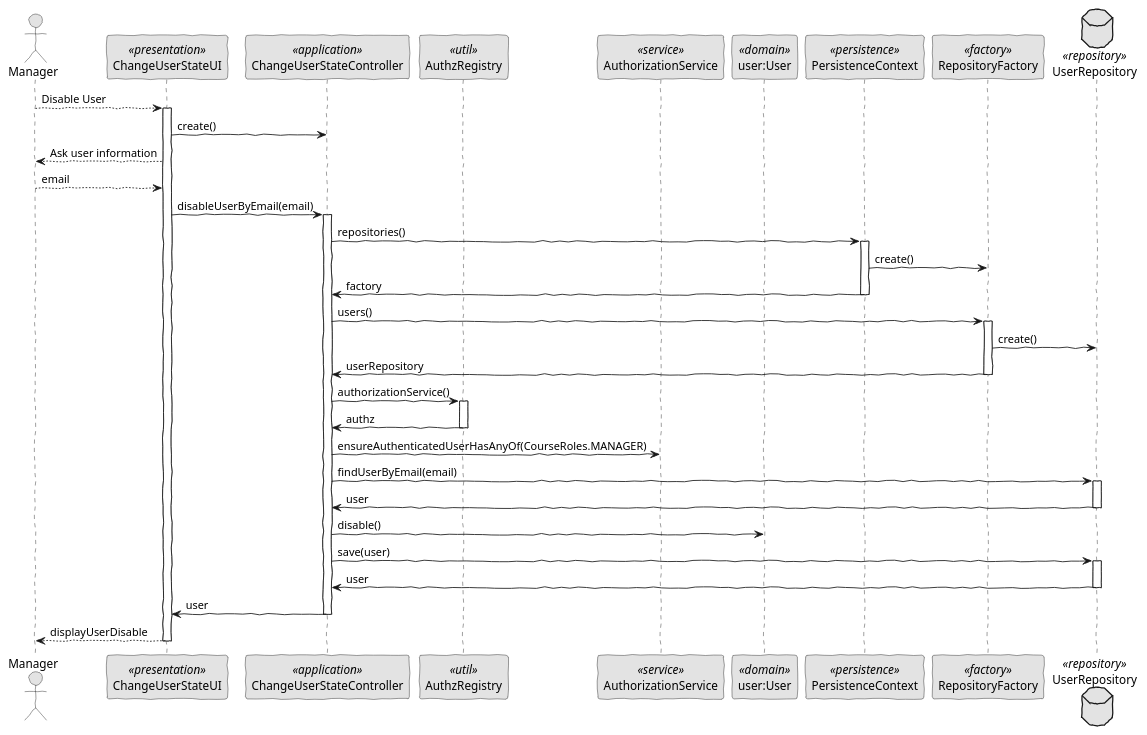
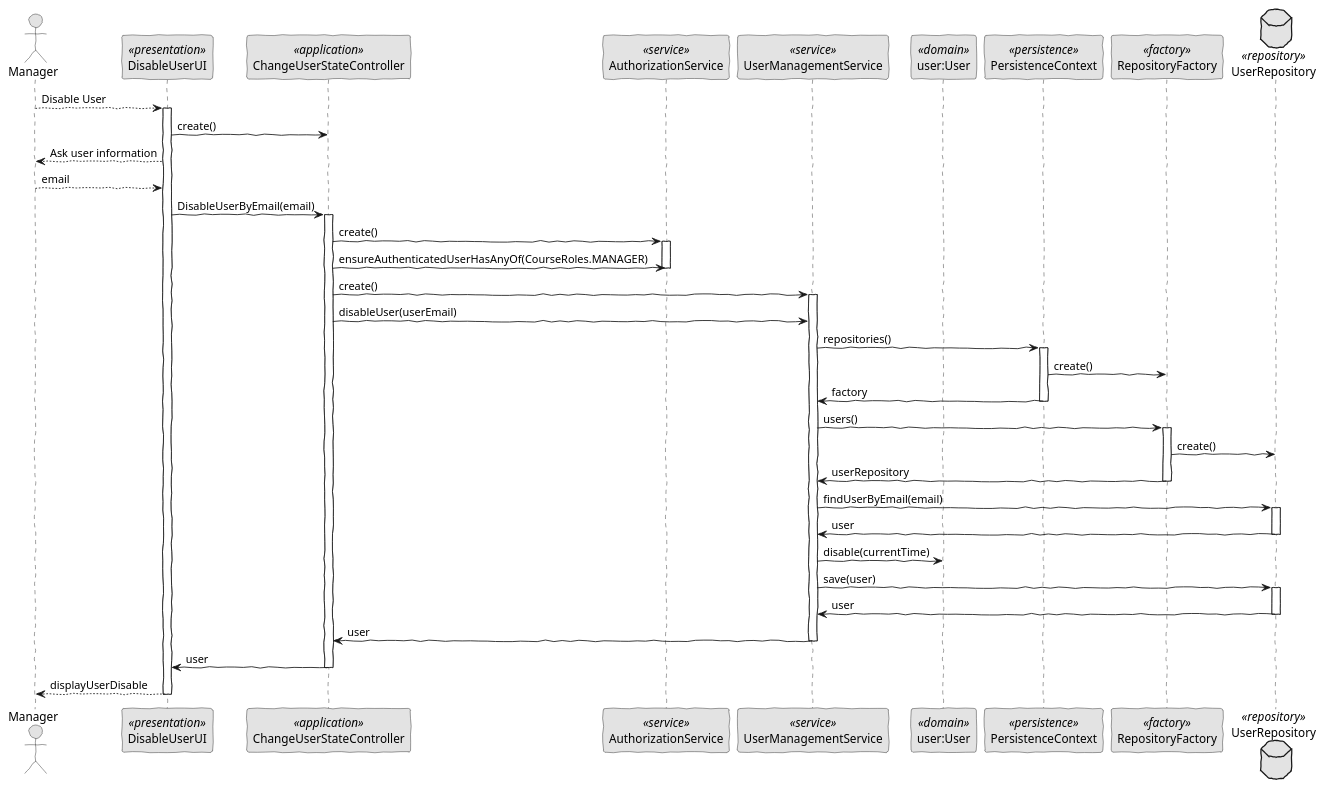
One commit to brunacosta03/sem4pi_22_23 changed the diagram in docs/SPRINT B/US_1001/SD/ChangeUsersState-Disable-SD.puml. Above: the diagram before and after it, drawn with PlantUML. The commit also changed 31 other files, not shown here.

```diff
--- a/docs/SPRINT B/US_1001/SD/ChangeUsersState-Disable-SD.puml
+++ b/docs/SPRINT B/US_1001/SD/ChangeUsersState-Disable-SD.puml
@@ -1,67 +1,71 @@
 @startuml
 'http://plantuml.com/skinparam.html
 skinparam handwritten true
 skinparam monochrome true
 skinparam packageStyle rect
 skinparam defaultFontName FG Virgil
 skinparam shadowing false
 
 actor Manager as Actor
-participant ChangeUserStateUI as UI <<presentation>>
+participant DisableUserUI as UI <<presentation>>
 participant ChangeUserStateController as Controller <<application>>
-participant AuthzRegistry as Registry <<util>>
 participant AuthorizationService as AuthzService <<service>>
+participant UserManagementService as Service <<service>>
 participant "user:User" as Domain <<domain>>
 participant PersistenceContext as Persistence <<persistence>>
 participant RepositoryFactory as Factory <<factory>>
 database UserRepository as Repository <<repository>>
 
 
 Actor --> UI: Disable User
 activate UI
     UI -> Controller: create()
     UI --> Actor: Ask user information
 
     Actor --> UI: email
         
-    UI -> Controller: disableUserByEmail(email)
+    UI -> Controller: DisableUserByEmail(email)
     activate Controller
+        Controller -> AuthzService: create()
+        activate AuthzService
+        Controller -> AuthzService: ensureAuthenticatedUserHasAnyOf(CourseRoles.MANAGER)
+        deactivate AuthzService
 
-        Controller -> Persistence: repositories()
+        Controller -> Service: create()
+        activate Service
+        Controller -> Service: disableUser(userEmail)
+
+        Service -> Persistence: repositories()
         activate Persistence
         Persistence -> Factory: create()
-        Persistence -> Controller: factory
+        Persistence -> Service: factory
         deactivate Persistence
 
-        Controller -> Factory: users()
+        Service -> Factory: users()
         activate Factory
         Factory -> Repository: create()
-        Factory -> Controller: userRepository
+        Factory -> Service: userRepository
         deactivate Factory
 
-        Controller -> Registry: authorizationService()
-        activate Registry
-        Registry -> Controller: authz
-        deactivate Registry
 
-        Controller -> AuthzService: ensureAuthenticatedUserHasAnyOf(CourseRoles.MANAGER)
-
-
-        Controller -> Repository: findUserByEmail(email)
+        Service -> Repository: findUserByEmail(email)
         activate Repository
-        Repository -> Controller: user
+        Repository -> Service: user
         deactivate Repository
 
-        Controller -> Domain: disable()
+        Service -> Domain: disable(currentTime)
 
-        Controller -> Repository: save(user)
+        Service -> Repository: save(user)
         activate Repository
-        Repository -> Controller: user
+        Repository -> Service: user
         deactivate Repository
+
+        Service -> Controller: user
+        deactivate Service
 
         Controller -> UI:user
         deactivate Controller
         UI --> Actor: displayUserDisable
 
 deactivate UI
 @enduml
```
